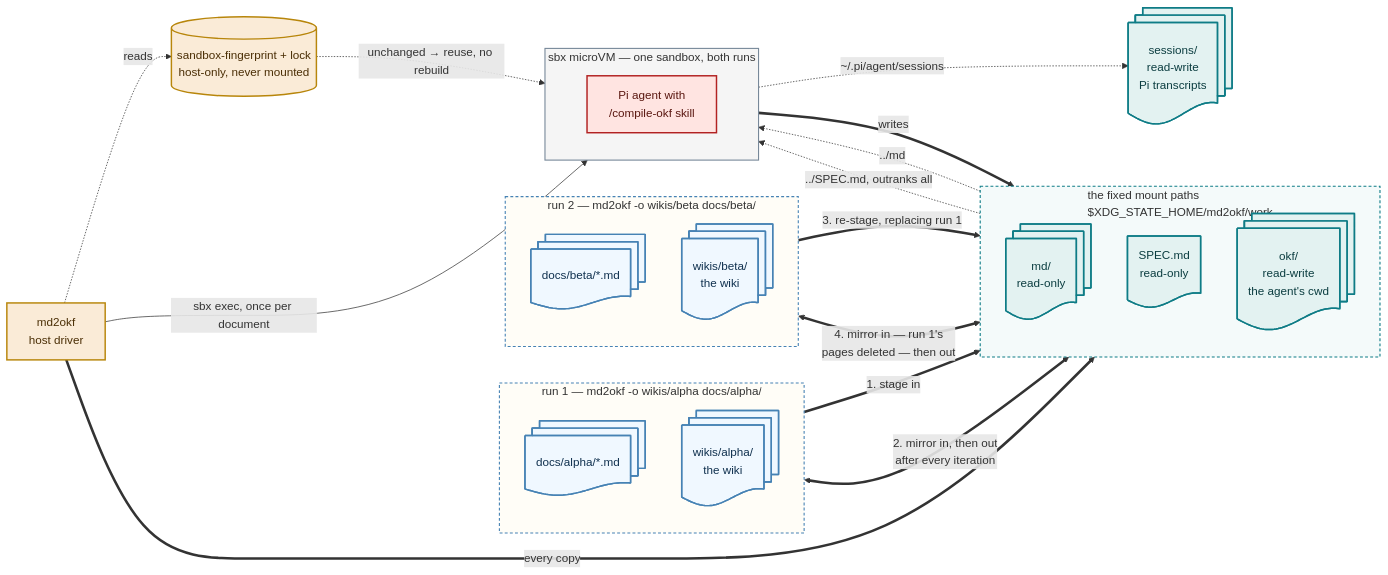
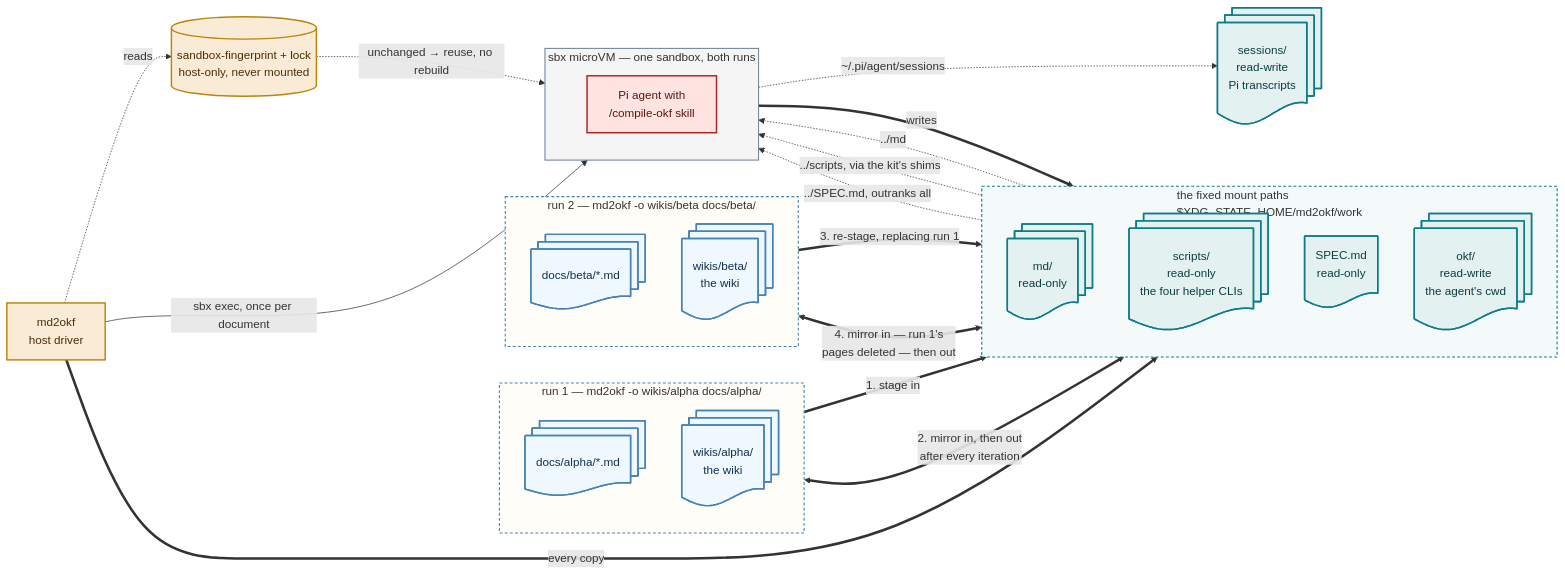
One commit to lars20070/md2okf changed the second of 2 diagrams in .claude/plans/interface-plan.md. Above: the diagram before and after it, drawn with Mermaid. The commit also changed other lines of this file, not shown here.

````diff
--- a/.claude/plans/interface-plan.md
+++ b/.claude/plans/interface-plan.md
@@ -261,59 +269,61 @@
 ```mermaid
 flowchart LR
   subgraph RUN1[" run 1 — md2okf -o wikis/alpha docs/alpha/ "]
     direction TB
     AMD@{ shape: docs, label: "docs/alpha/*.md"}
     AOKF@{ shape: docs, label: "wikis/alpha/<br/>the wiki"}
   end
 
   subgraph RUN2[" run 2 — md2okf -o wikis/beta docs/beta/ "]
     direction TB
     BMD@{ shape: docs, label: "docs/beta/*.md"}
     BOKF@{ shape: docs, label: "wikis/beta/<br/>the wiki"}
   end
 
   subgraph WORK["the fixed mount paths<br/>$XDG_STATE_HOME/md2okf/work"]
     direction TB
     WMD@{ shape: docs, label: "md/<br/>read-only"}
+    WSCR@{ shape: docs, label: "scripts/<br/>read-only<br/>the four helper CLIs"}
     WSPEC@{ shape: doc, label: "SPEC.md<br/>read-only"}
     WOKF@{ shape: docs, label: "okf/<br/>read-write<br/>the agent's cwd"}
   end
 
   SESS@{ shape: docs, label: "sessions/<br/>read-write<br/>Pi transcripts"}
 
   subgraph VM["sbx microVM — one sandbox, both runs"]
     direction TB
     PI["Pi agent with<br/>/compile-okf skill"]
   end
 
   DRV["md2okf<br/>host driver"]
   FP[("sandbox-fingerprint + lock<br/>host-only, never mounted")]
 
   AMD ==>|"1. stage in"| WMD
   AOKF <==>|"2. mirror in, then out<br/>after every iteration"| WOKF
   BMD ==>|"3. re-stage, replacing run 1"| WMD
   BOKF <==>|"4. mirror in — run 1's<br/>pages deleted — then out"| WOKF
 
   DRV ==>|"every copy"| WORK
   DRV -->|"sbx exec, once per document"| PI
   DRV -.->|"reads"| FP
   FP -.->|"unchanged → reuse, no rebuild"| VM
   WMD -.->|"../md"| PI
+  WSCR -.->|"../scripts, via the kit's shims"| PI
   WSPEC -.->|"../SPEC.md, outranks all"| PI
   PI ==>|"writes"| WOKF
   PI -.->|"~/.pi/agent/sessions"| SESS
 
   classDef data    fill:aliceblue,stroke:steelblue,stroke-width:2px,color:#10314F
   classDef host    fill:antiquewhite,stroke:darkgoldenrod,stroke-width:2px,color:#4A2E05
   classDef helper  fill:#E3F2F1,stroke:#0E7C86,stroke-width:2px,color:#0B3D40
   classDef agent   fill:mistyrose,stroke:firebrick,stroke-width:2px,color:#5A1710
   class AMD,AOKF,BMD,BOKF data
   class DRV,FP host
-  class WMD,WSPEC,WOKF helper
+  class WMD,WSCR,WSPEC,WOKF helper
   class SESS helper
   class PI agent
   style VM fill:whitesmoke,stroke:lightslategray,stroke-width:1.5px
   style WORK fill:#F4FAFA,stroke:#0E7C86,stroke-width:1.5px,stroke-dasharray:4 3
   style RUN1 fill:#FFFDF7,stroke:steelblue,stroke-width:1.5px,stroke-dasharray:4 3
   style RUN2 fill:#FFFDF7,stroke:steelblue,stroke-width:1.5px,stroke-dasharray:4 3
 ```
````
